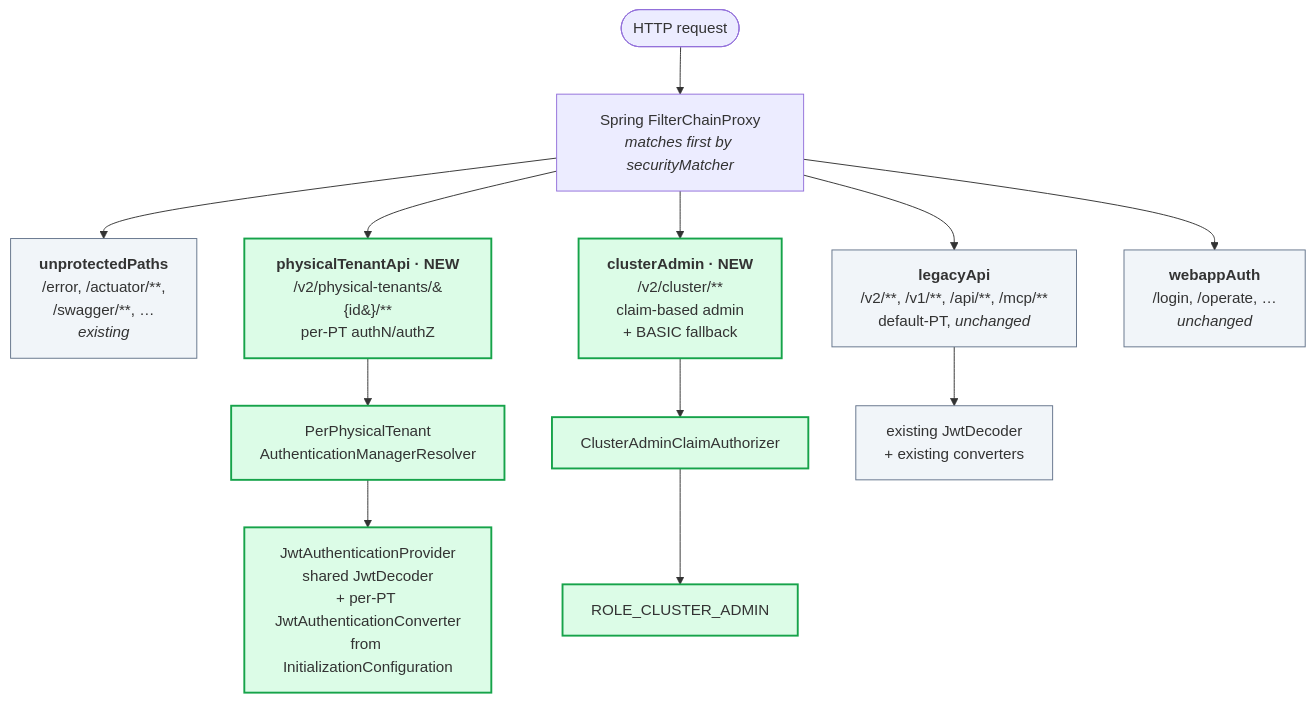
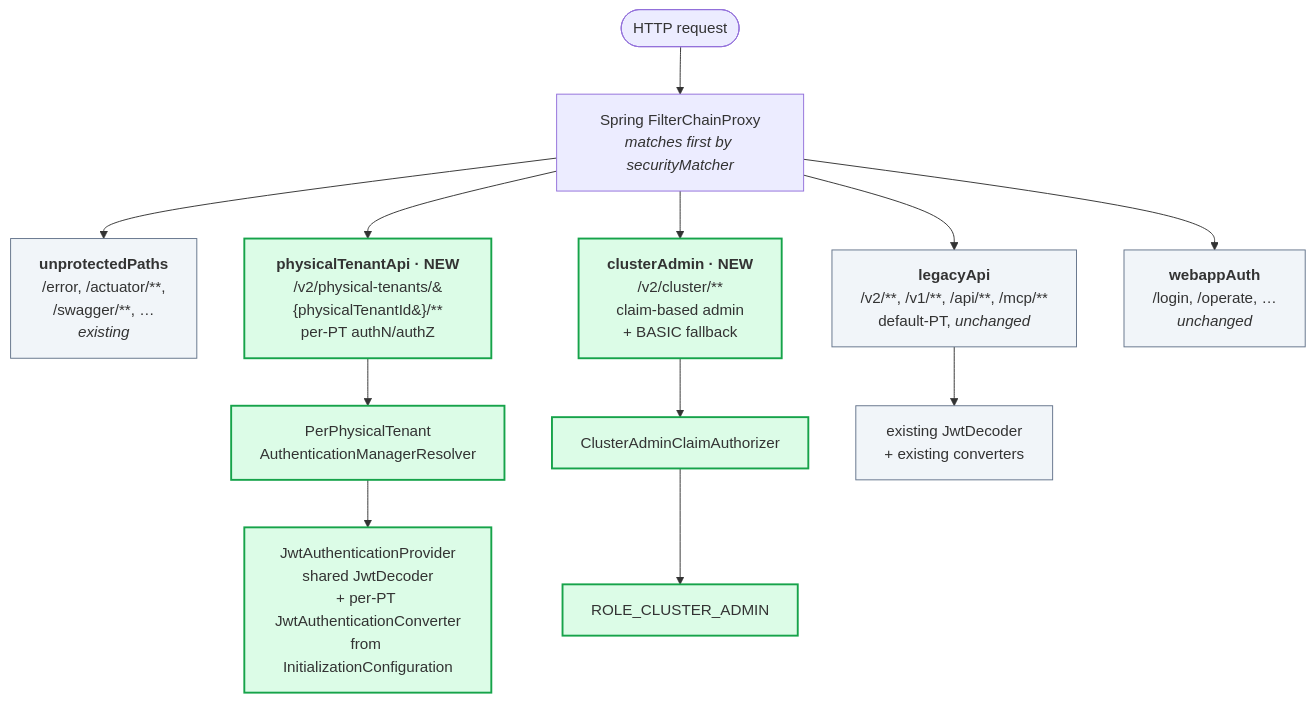
The first of 7 diagrams in docs/monorepo-docs/architecture/components/identity/physical-tenants-identity-plan.md (camunda/camunda), drawn with Mermaid before and after one commit. The commit also changed other lines of this file and 1 other file, not shown here.

````diff
--- a/docs/monorepo-docs/architecture/components/identity/physical-tenants-identity-plan.md
+++ b/docs/monorepo-docs/architecture/components/identity/physical-tenants-identity-plan.md
@@ -44,23 +44,23 @@
 ```mermaid
 flowchart TB
     Req([HTTP request]) --> FCP[Spring FilterChainProxy<br/><i>matches first by securityMatcher</i>]
 
     FCP --> Unprot["<b>unprotectedPaths</b><br/>/error, /actuator/**,<br/>/swagger/**, …<br/><i>existing</i>"]
-    FCP --> PtApi["<b>physicalTenantApi · NEW</b><br/>/v2/physical-tenants/&#123;id&#125;/**<br/>per-PT authN/authZ"]
+    FCP --> PtApi["<b>physicalTenantApi · NEW</b><br/>/v2/physical-tenants/&#123;physicalTenantId&#125;/**<br/>per-PT authN/authZ"]
     FCP --> ClusterAdmin["<b>clusterAdmin · NEW</b><br/>/v2/cluster/**<br/>claim-based admin<br/>+ BASIC fallback"]
     FCP --> Legacy["<b>legacyApi</b><br/>/v2/**, /v1/**, /api/**, /mcp/**<br/>default-PT, <i>unchanged</i>"]
     FCP --> Webapp["<b>webappAuth</b><br/>/login, /operate, …<br/><i>unchanged</i>"]
 
     PtApi --> PtResolver[PerPhysicalTenant<br/>AuthenticationManagerResolver]
     PtResolver --> PtProvider[JwtAuthenticationProvider<br/>shared JwtDecoder<br/>+ per-PT JwtAuthenticationConverter<br/>from InitializationConfiguration]
 
     ClusterAdmin --> ClusterAuthorizer[ClusterAdminClaimAuthorizer]
     ClusterAuthorizer --> ClusterRole[ROLE_CLUSTER_ADMIN]
 
     Legacy --> ExistingDecoder[existing JwtDecoder<br/>+ existing converters]
 
     classDef new fill:#dcfce7,stroke:#16a34a,stroke-width:2px;
     classDef existing fill:#f1f5f9,stroke:#64748b;
     class PtApi,ClusterAdmin,PtResolver,PtProvider,ClusterAuthorizer,ClusterRole new;
     class Unprot,Legacy,Webapp,ExistingDecoder existing;
 ```
````
